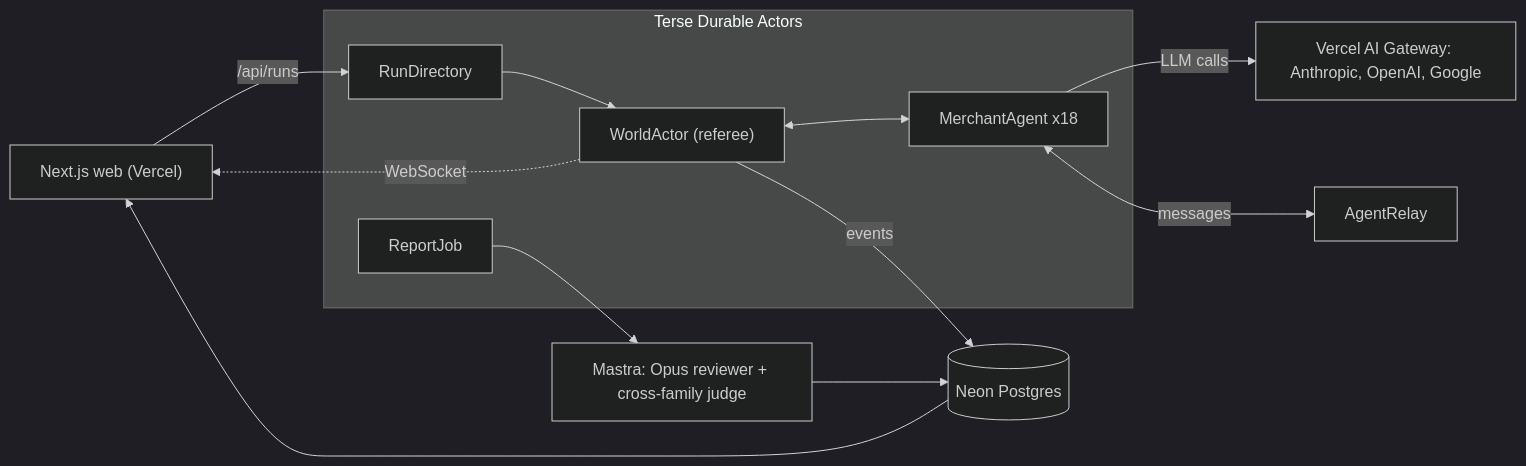
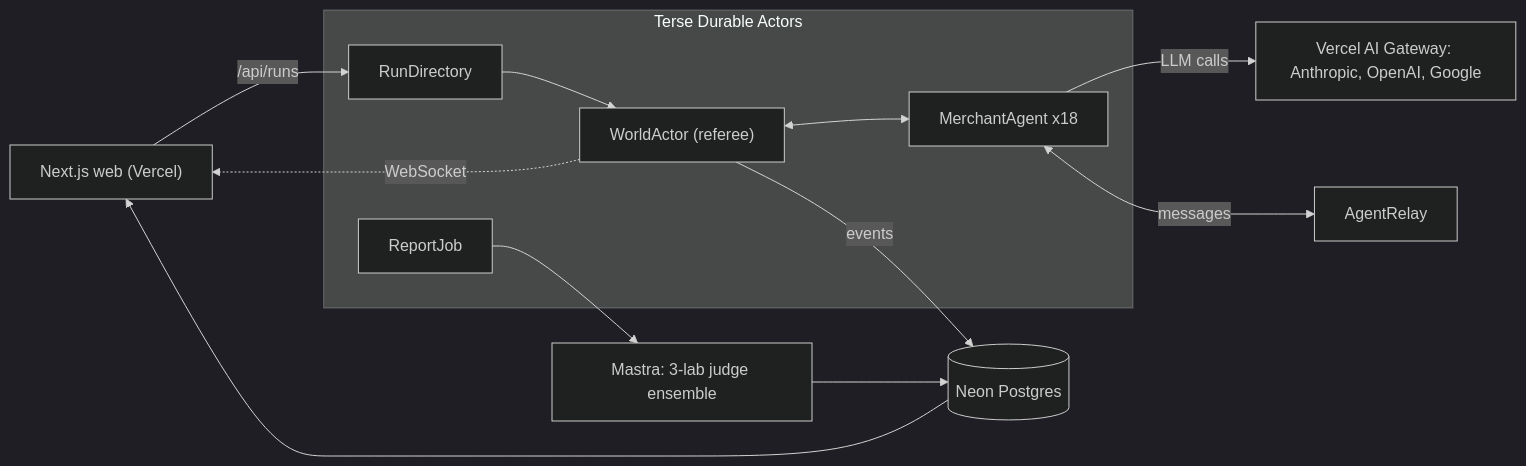
Before and after one commit to RonKat2008/simulization: the diagram in README.md, drawn with Mermaid (dark theme). The commit also changed other lines of this file and 22 other files, not shown here.

Commit message:
feat(judge): 3-family judge ensemble (Claude, GPT, Gemini) with leave-own-family-out scoring and self-preference estimates

````diff
--- a/README.md
+++ b/README.md
@@ -104,17 +104,17 @@
 ```mermaid
 flowchart LR
   Web["Next.js web (Vercel)"] -->|"/api/runs"| Dir["RunDirectory"]
   Dir --> World["WorldActor (referee)"]
   subgraph Terse["Terse Durable Actors"]
     World <--> Agents["MerchantAgent x18"]
     Dir
     Job["ReportJob"]
   end
   Agents -->|"LLM calls"| GW["Vercel AI Gateway: Anthropic, OpenAI, Google"]
   Agents <-->|"messages"| Relay["AgentRelay"]
   World -->|"events"| Neon[("Neon Postgres")]
   Neon --> Web
   World -.->|"WebSocket"| Web
-  Job --> Mastra["Mastra: Opus reviewer + cross-family judge"]
+  Job --> Mastra["Mastra: 3-lab judge ensemble"]
   Mastra --> Neon
 ```
````
